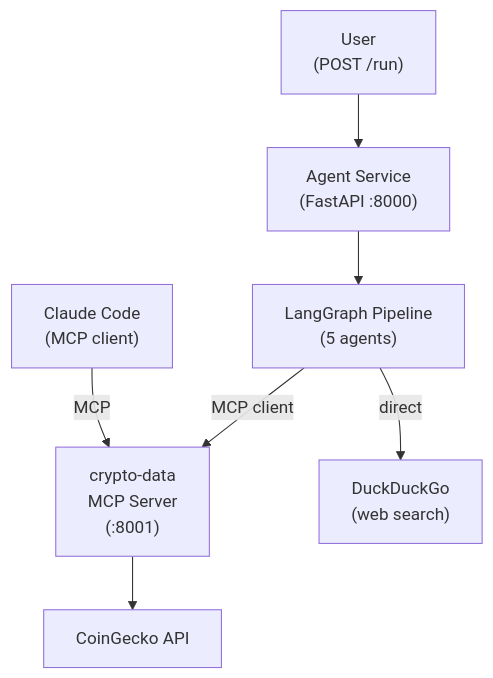
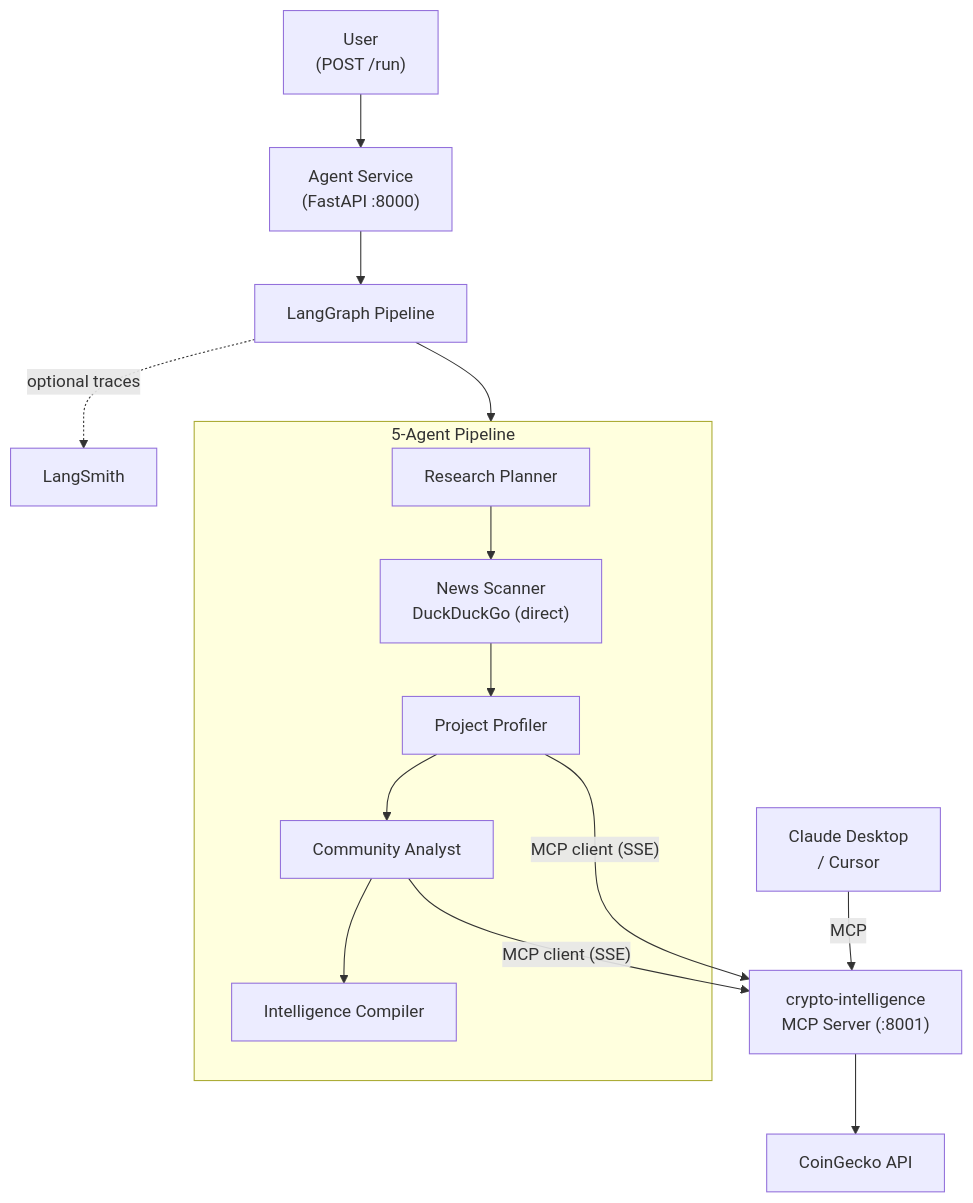
Before and after one commit to ksopyla/agent-patterns-lab: the diagram in examples/02-mcp-tool-integration/README.md, drawn with Mermaid. The commit also changed other lines of this file and 18 other files, not shown here.

````diff
--- a/examples/02-mcp-tool-integration/README.md
+++ b/examples/02-mcp-tool-integration/README.md
@@ -25,9 +98,22 @@
 ```mermaid
 graph TD
-    User["User\n(POST /run)"] --> Agent["Agent Service\n(FastAPI :8000)"]
-    Agent --> Pipeline["LangGraph Pipeline\n(5 agents)"]
-    Pipeline -->|MCP client| CryptoMCP["crypto-data\nMCP Server\n(:8001)"]
+    User["User\n(POST /run)"] --> FastAPI["Agent Service\n(FastAPI :8000)"]
+    FastAPI --> Pipeline["LangGraph Pipeline"]
+    subgraph agents ["5-Agent Pipeline"]
+        Planner["Research Planner"]
+        Scanner["News Scanner\nDuckDuckGo (direct)"]
+        Profiler["Project Profiler"]
+        Analyst["Community Analyst"]
+        Compiler["Intelligence Compiler"]
+        Planner --> Scanner
+        Scanner --> Profiler
+        Profiler --> Analyst
+        Analyst --> Compiler
+    end
+    Pipeline --> agents
+    Profiler -->|"MCP client (SSE)"| CryptoMCP["crypto-intelligence\nMCP Server (:8001)"]
+    Analyst -->|"MCP client (SSE)"| CryptoMCP
     CryptoMCP --> CoinGecko["CoinGecko API"]
-    Pipeline -->|direct| DDG["DuckDuckGo\n(web search)"]
-    ClaudeCode["Claude Code\n(MCP client)"] -->|MCP| CryptoMCP
+    ClaudeDesktop["Claude Desktop\n/ Cursor"] -->|MCP| CryptoMCP
+    Pipeline -.->|"optional traces"| LangSmith["LangSmith"]
 ```
````
